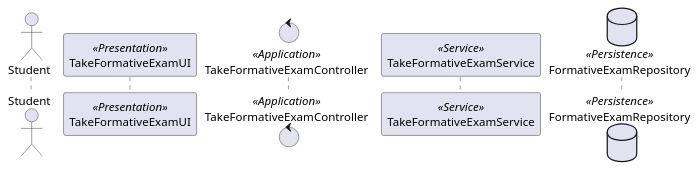
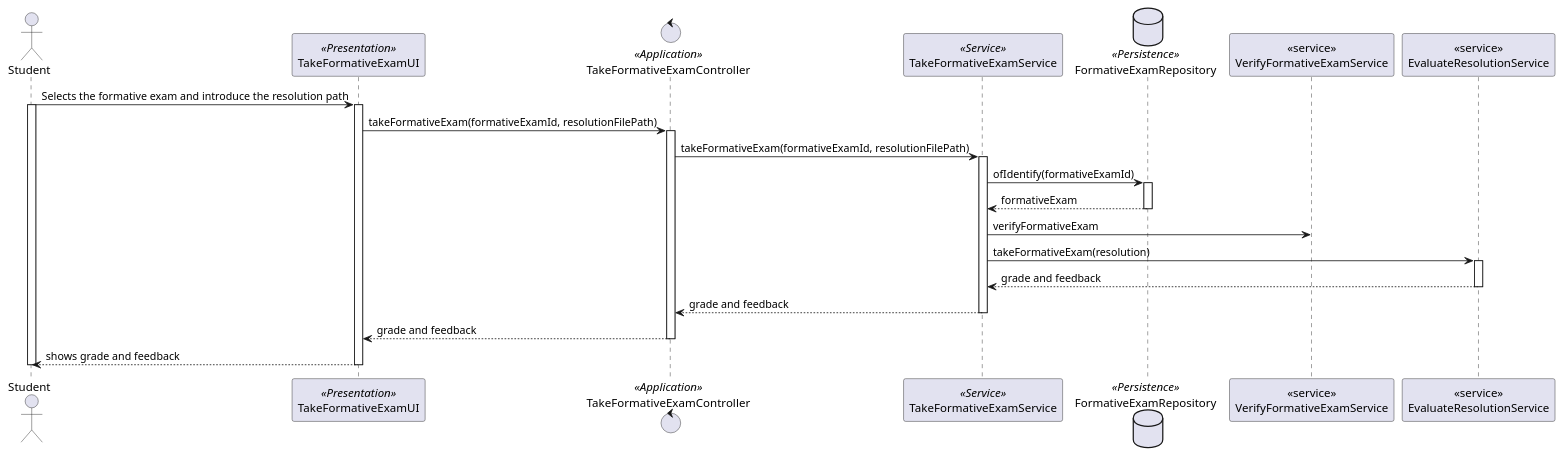
The diagram in docs/Sprint_C/us_2009/US2009SD.puml (Marco-Nobrega-Andrade/sem4pi_22_23), drawn with PlantUML before and after one commit. The commit also changed 1 other file, not shown here.

```diff
--- a/docs/Sprint_C/us_2009/US2009SD.puml
+++ b/docs/Sprint_C/us_2009/US2009SD.puml
@@ -1,30 +1,29 @@
 @startuml
 actor Student as S
 participant "TakeFormativeExamUI" as UI <<Presentation>>
 control "TakeFormativeExamController" as CTRL <<Application>>
 participant "TakeFormativeExamService" as SV <<Service>>
 database "FormativeExamRepository" as FER <<Persistence>>
+participant "<<service>>\nVerifyFormativeExamService" as VFESv
+participant "<<service>>\nEvaluateResolutionService" as ERS
 
-/'S->UI: Selects the option to list the grades\n of the exams of all his courses
+S->UI: Selects the formative exam and introduce the resolution path
 activate S
 activate UI
-UI->CTRL : listGradesFromTeacherCourses()
+UI->CTRL : takeFormativeExam(formativeExamId, resolutionFilePath)
 activate CTRL
-CTRL->SV: listGradesFromTeacherCourses()
+CTRL->SV : takeFormativeExam(formativeExamId, resolutionFilePath)
 activate SV
-SV->CR: findCoursesFromTeacher(teacher)
-activate CR
-return courseList
-SV->ERR: listGradesFromTeacherCourses(courseList)
-activate ERR
-'examResolutionDTOExamTitleGrade'
-return examResolutionList
-loop foreach examResolution in examResolutionList
-
-end loop
-return examResolutionDTOList
-return examResolutionDTOList
-return show all grades from teacher courses
+SV->FER : ofIdentify(formativeExamId)
+activate FER
+return formativeExam
+SV->VFESv : verifyFormativeExam
+SV->ERS : takeFormativeExam(resolution)
+activate ERS
+return grade and feedback
+return grade and feedback
+return grade and feedback
+return shows grade and feedback
 deactivate UI
-deactivate S'/
+deactivate S
 @enduml
```
